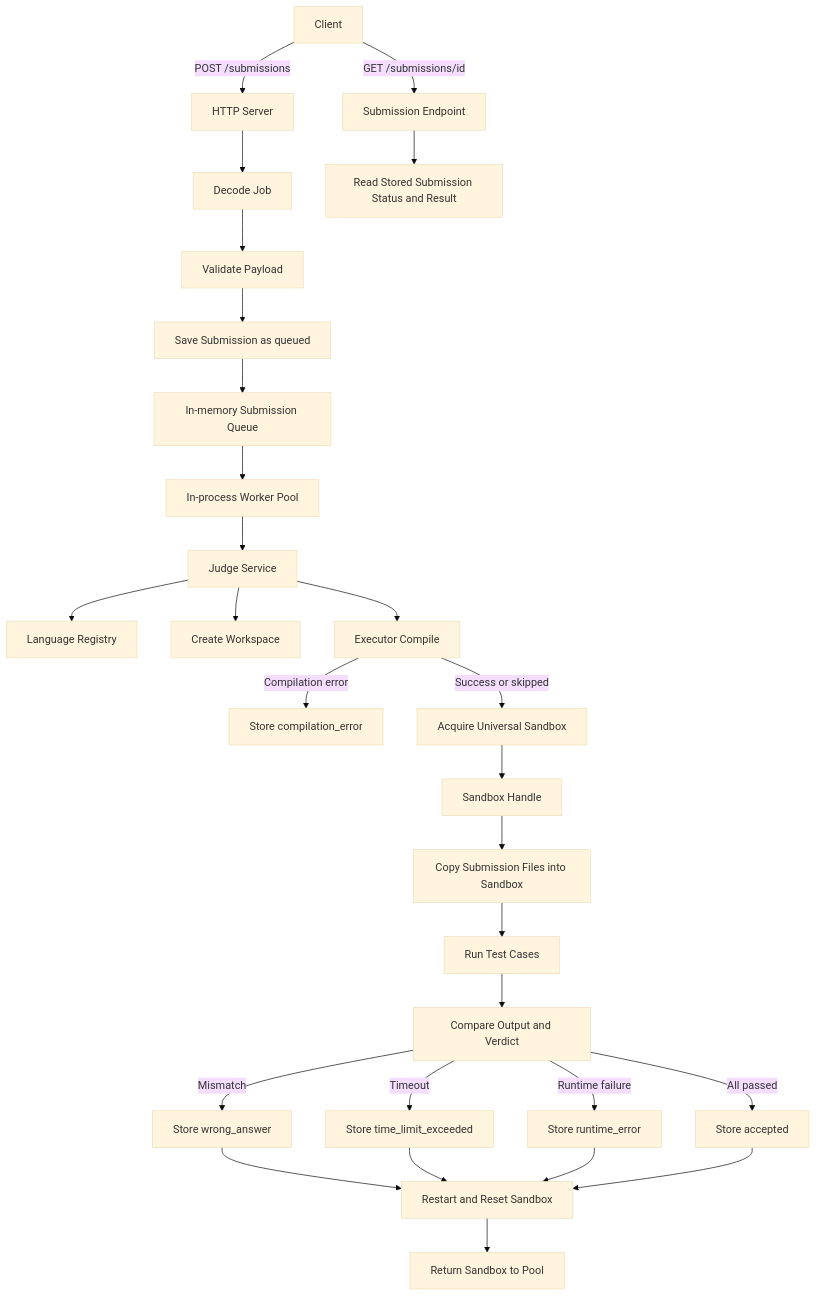
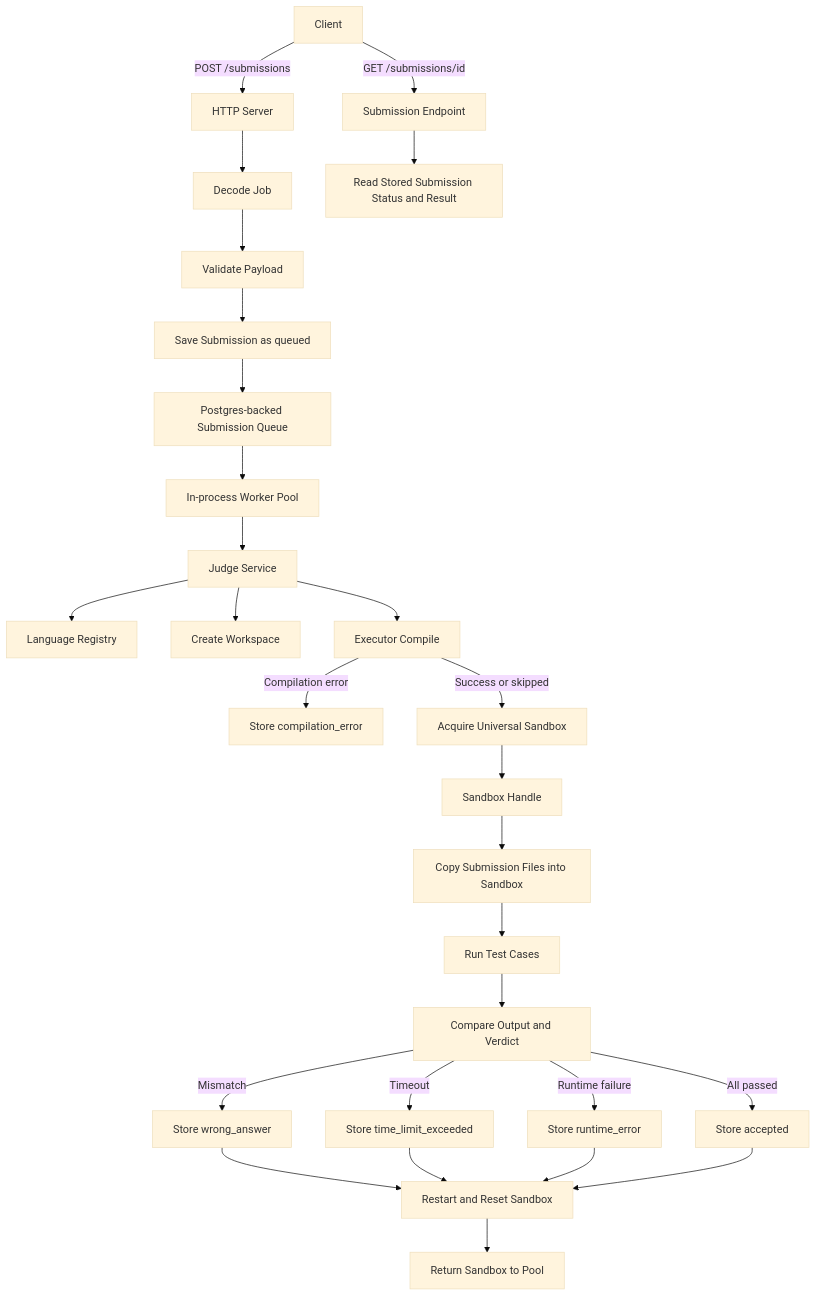
The first of 2 diagrams in architecture.md (PixelsBH/YexJudge), drawn with Mermaid (base theme) before and after one commit. The commit also changed other lines of this file and 15 other files, not shown here.

````diff
--- a/architecture.md
+++ b/architecture.md
@@ -38,30 +40,30 @@
 ```mermaid
 flowchart TD
     Client[Client] -->|POST /submissions| Server[HTTP Server]
     Server --> Decode[Decode Job]
     Decode --> Validate[Validate Payload]
     Validate --> Store[Save Submission as queued]
-    Store --> Queue[In-memory Submission Queue]
+    Store --> Queue[Postgres-backed Submission Queue]
     Queue --> Worker[In-process Worker Pool]
     Worker --> Service[Judge Service]
     Service --> Registry[Language Registry]
     Service --> Workspace[Create Workspace]
     Service --> Compile[Executor Compile]
     Compile -->|Compilation error| CE[Store compilation_error]
     Compile -->|Success or skipped| Acquire[Acquire Universal Sandbox]
     Acquire --> Sandbox[Sandbox Handle]
     Sandbox --> Stage[Copy Submission Files into Sandbox]
     Stage --> Execute[Run Test Cases]
     Execute --> Compare[Compare Output and Verdict]
     Compare -->|Mismatch| WA[Store wrong_answer]
     Compare -->|Timeout| TLE[Store time_limit_exceeded]
     Compare -->|Runtime failure| RE[Store runtime_error]
     Compare -->|All passed| AC[Store accepted]
     WA --> Reset
     TLE --> Reset
     RE --> Reset
     AC --> Reset[Restart and Reset Sandbox]
     Reset --> Release[Return Sandbox to Pool]
     Client -->|GET /submissions/id| Fetch[Submission Endpoint]
     Fetch --> StoreLookup[Read Stored Submission Status and Result]
 ```
````
